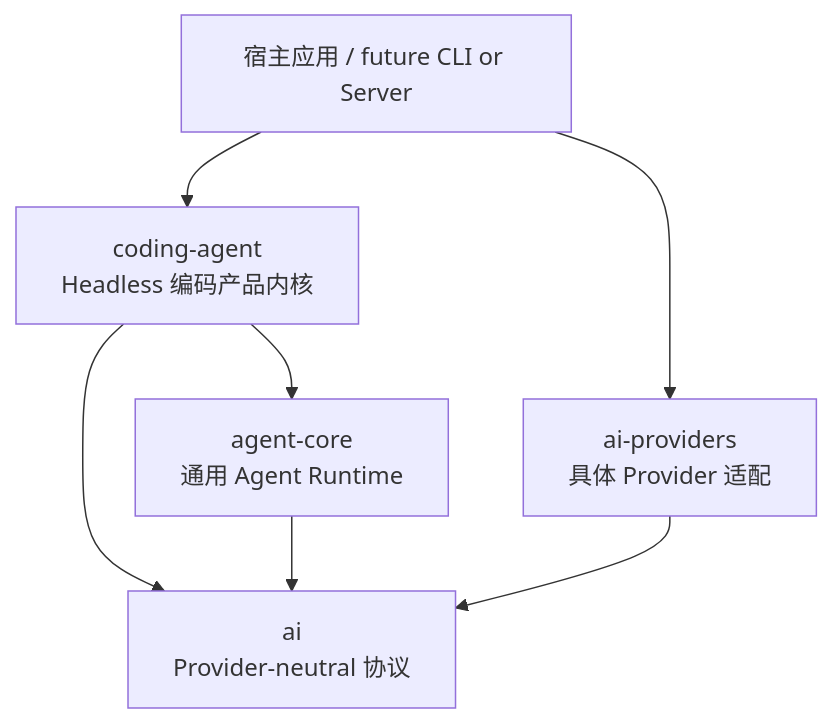
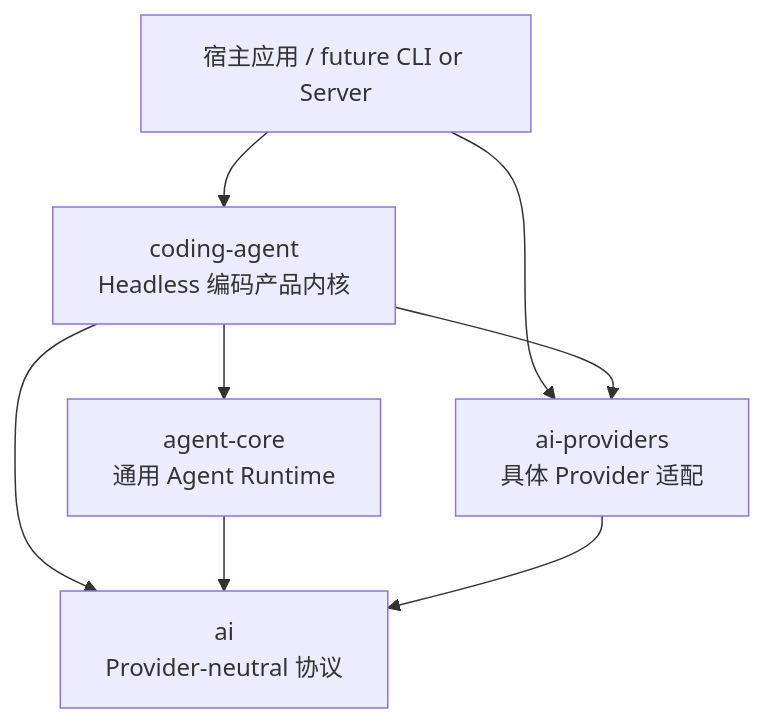
The diagram in README.md (YPQuinn/Jcode), drawn with Mermaid before and after one commit. The commit also changed other lines of this file and 53 other files, not shown here.

````diff
--- a/README.md
+++ b/README.md
@@ -34,15 +35,16 @@
 ```mermaid
 flowchart TD
     App[宿主应用 / future CLI or Server]
     Coding[coding-agent<br/>Headless 编码产品内核]
     Core[agent-core<br/>通用 Agent Runtime]
     Providers[ai-providers<br/>具体 Provider 适配]
     AI[ai<br/>Provider-neutral 协议]
 
     App --> Coding
     App --> Providers
     Coding --> Core
+    Coding --> Providers
     Coding --> AI
     Core --> AI
     Providers --> AI
 ```
````
